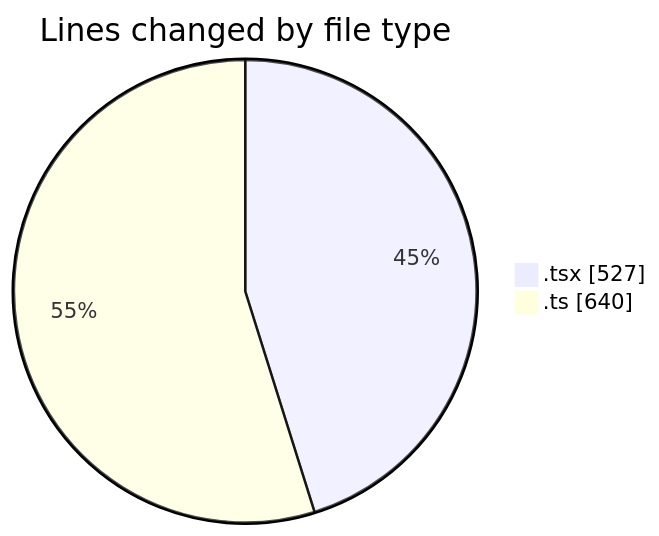
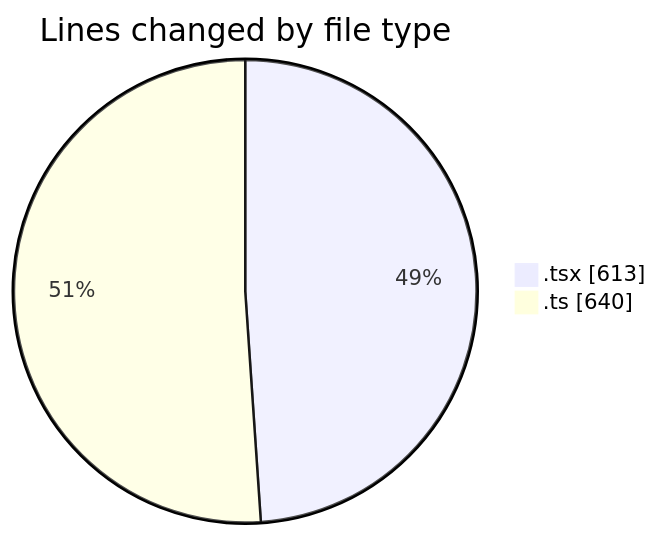
One commit to nxtqubesakshisongat/code-tracking changed the first of 2 diagrams in 2026-02-24/nxtqube_webapp/README.md. Above: the diagram before and after it, drawn with Mermaid. The commit also changed other lines of this file and 1 other file, not shown here.

````diff
--- a/2026-02-24/nxtqube_webapp/README.md
+++ b/2026-02-24/nxtqube_webapp/README.md
@@ -24,6 +24,6 @@
 ```mermaid
 pie showData
 title Lines changed by file type
-".tsx" : 527
+".tsx" : 613
 ".ts" : 640
 ```
````
